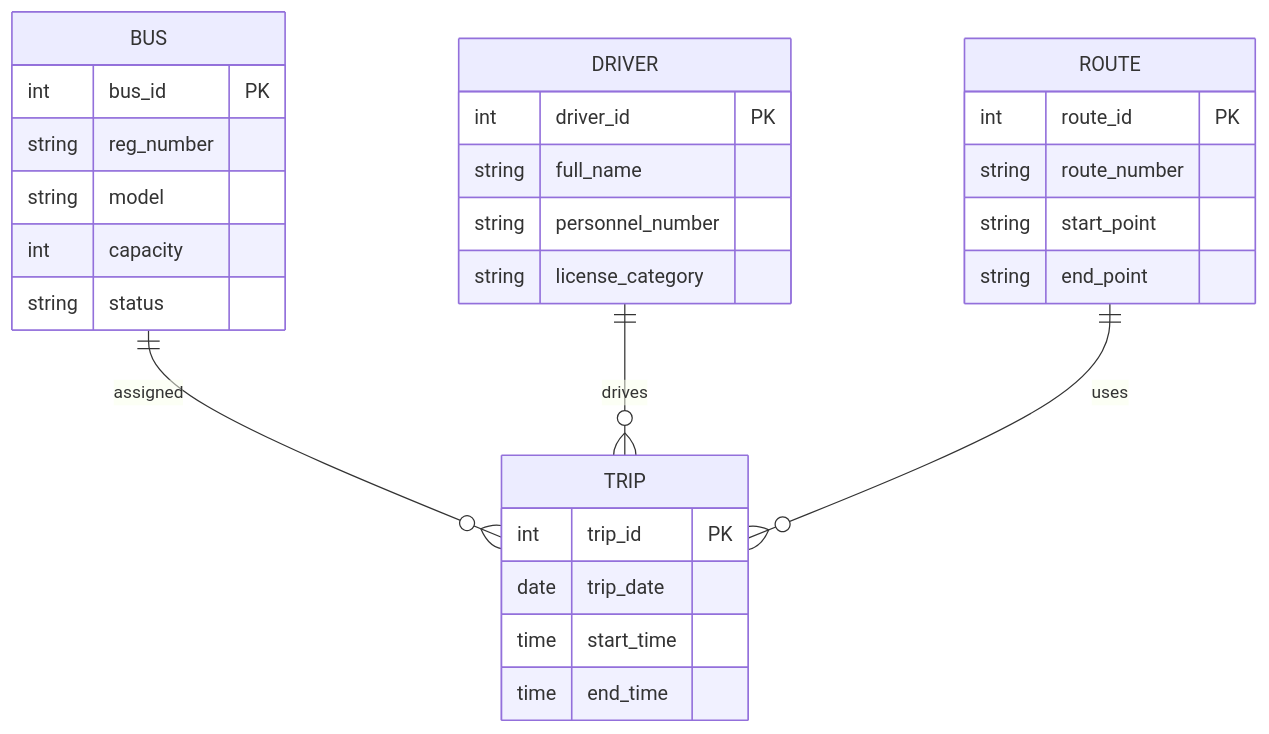
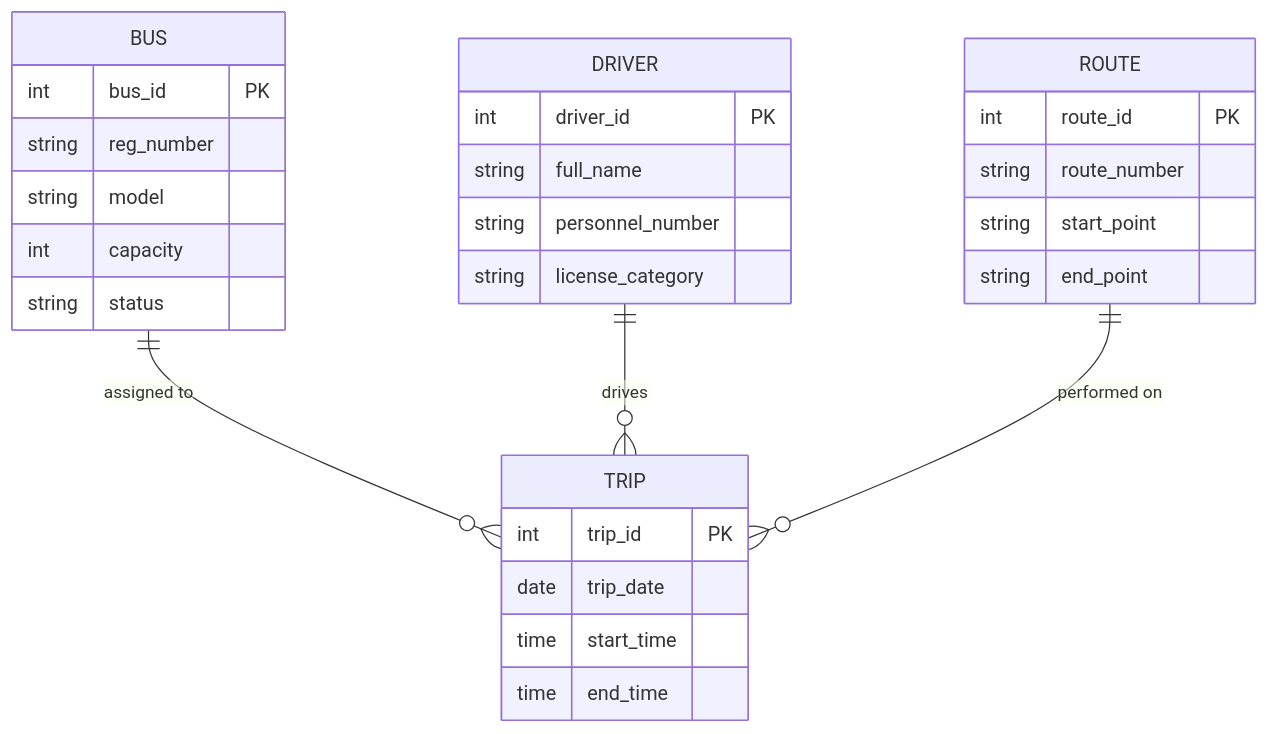
The first of 7 diagrams in README.md (kirill483/ep), drawn with Mermaid before and after one commit. The commit also changed other lines of this file, not shown here.

````diff
--- a/README.md
+++ b/README.md
@@ -32,35 +45,35 @@
 ```mermaid
 erDiagram
     BUS {
         int bus_id PK
         string reg_number
         string model
         int capacity
         string status
     }
 
     DRIVER {
         int driver_id PK
         string full_name
         string personnel_number
         string license_category
     }
 
     ROUTE {
         int route_id PK
         string route_number
         string start_point
         string end_point
     }
 
     TRIP {
         int trip_id PK
         date trip_date
         time start_time
         time end_time
     }
 
-    BUS ||--o{ TRIP : assigned
-    DRIVER ||--o{ TRIP : drives
-    ROUTE ||--o{ TRIP : uses
+    BUS ||--o{ TRIP : "assigned to"
+    DRIVER ||--o{ TRIP : "drives"
+    ROUTE ||--o{ TRIP : "performed on"
 ```
````
